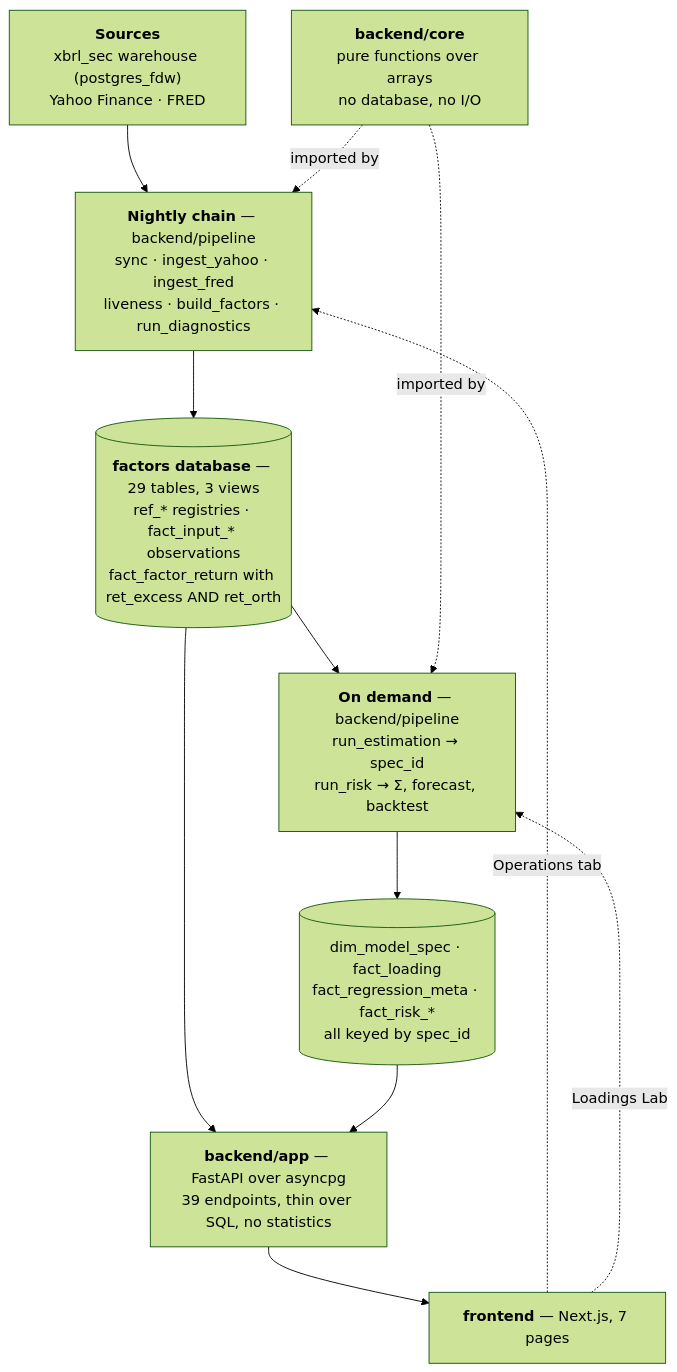
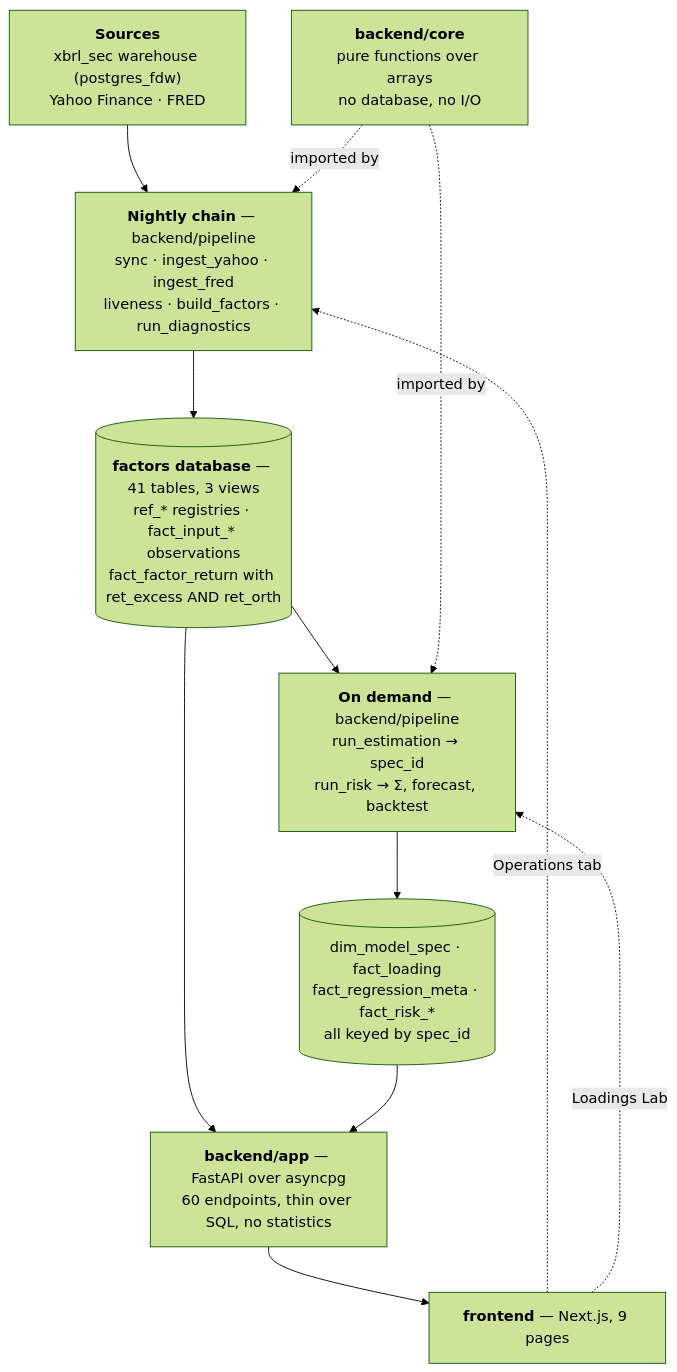
Before and after one commit to bastofferm/factor-terminal: the diagram in HowToSetupTerminalLocally/ARCHITECTURE.md, drawn with Mermaid (forest theme). The commit also changed other lines of this file and 30 other files, not shown here.

````diff
--- a/HowToSetupTerminalLocally/ARCHITECTURE.md
+++ b/HowToSetupTerminalLocally/ARCHITECTURE.md
@@ -20,23 +20,23 @@
 ```mermaid
 flowchart TB
     SRC["<b>Sources</b><br/>xbrl_sec warehouse (postgres_fdw)<br/>Yahoo Finance · FRED"]
     NIGHT["<b>Nightly chain</b> — backend/pipeline<br/>sync · ingest_yahoo · ingest_fred<br/>liveness · build_factors · run_diagnostics"]
-    STORE[("<b>factors database</b> — 29 tables, 3 views<br/>ref_* registries · fact_input_* observations<br/>fact_factor_return with ret_excess AND ret_orth")]
+    STORE[("<b>factors database</b> — 41 tables, 3 views<br/>ref_* registries · fact_input_* observations<br/>fact_factor_return with ret_excess AND ret_orth")]
     DEMAND["<b>On demand</b> — backend/pipeline<br/>run_estimation → spec_id<br/>run_risk → Σ, forecast, backtest"]
     CACHE[("dim_model_spec · fact_loading<br/>fact_regression_meta · fact_risk_*<br/>all keyed by spec_id")]
-    API["<b>backend/app</b> — FastAPI over asyncpg<br/>39 endpoints, thin over SQL, no statistics"]
-    UI["<b>frontend</b> — Next.js, 7 pages"]
+    API["<b>backend/app</b> — FastAPI over asyncpg<br/>60 endpoints, thin over SQL, no statistics"]
+    UI["<b>frontend</b> — Next.js, 9 pages"]
     CORE["<b>backend/core</b><br/>pure functions over arrays<br/>no database, no I/O"]
 
     SRC --> NIGHT
     NIGHT --> STORE
     STORE --> DEMAND
     DEMAND --> CACHE
     STORE --> API
     CACHE --> API
     API --> UI
     CORE -. imported by .-> NIGHT
     CORE -. imported by .-> DEMAND
     UI -. "Operations tab" .-> NIGHT
     UI -. "Loadings Lab" .-> DEMAND
 ```
````
